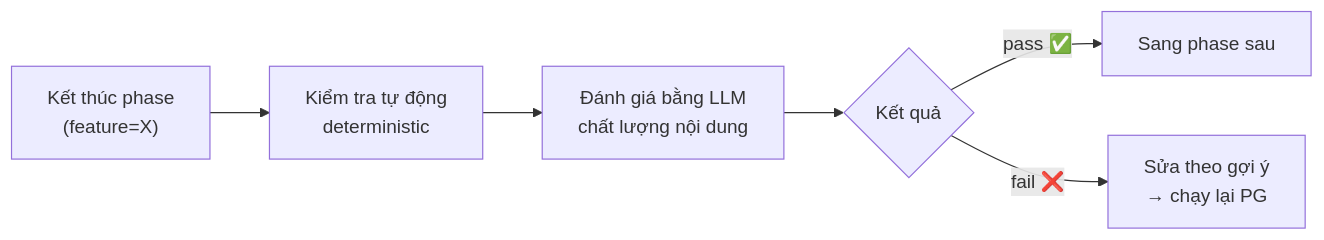
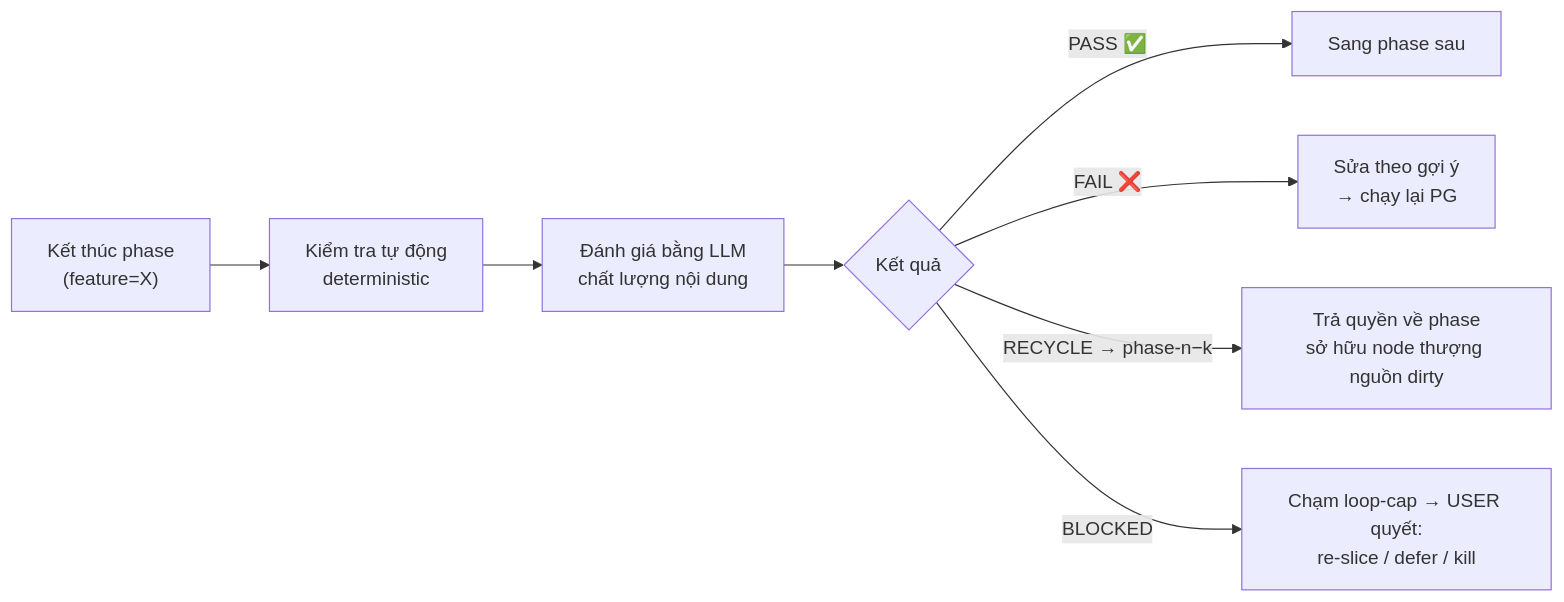
The second of 7 diagrams in docs/vi/explanation/concepts.md (hanh9898/waterfall-bmad-method), drawn with Mermaid before and after one commit. The commit also changed other lines of this file and 3 other files, not shown here.

````diff
--- a/docs/vi/explanation/concepts.md
+++ b/docs/vi/explanation/concepts.md
@@ -94,8 +94,10 @@
 ```mermaid
 flowchart LR
     A["Kết thúc phase<br/>(feature=X)"] --> B[Kiểm tra tự động<br/>deterministic]
     B --> C[Đánh giá bằng LLM<br/>chất lượng nội dung]
     C --> D{Kết quả}
-    D -->|pass ✅| E[Sang phase sau]
-    D -->|fail ❌| F[Sửa theo gợi ý<br/>→ chạy lại PG]
+    D -->|PASS ✅| E[Sang phase sau]
+    D -->|FAIL ❌| F[Sửa theo gợi ý<br/>→ chạy lại PG]
+    D -->|RECYCLE → phase-n−k| R[Trả quyền về phase<br/>sở hữu node thượng nguồn dirty]
+    D -->|BLOCKED| K[Chạm loop-cap → USER quyết:<br/>re-slice / defer / kill]
 ```
````
